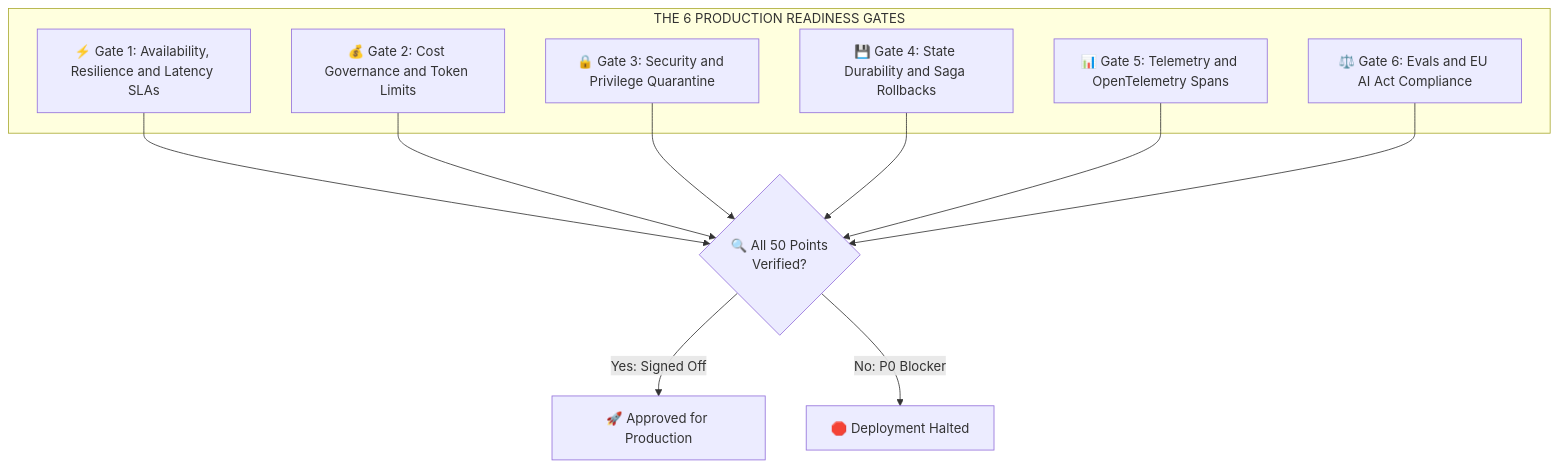
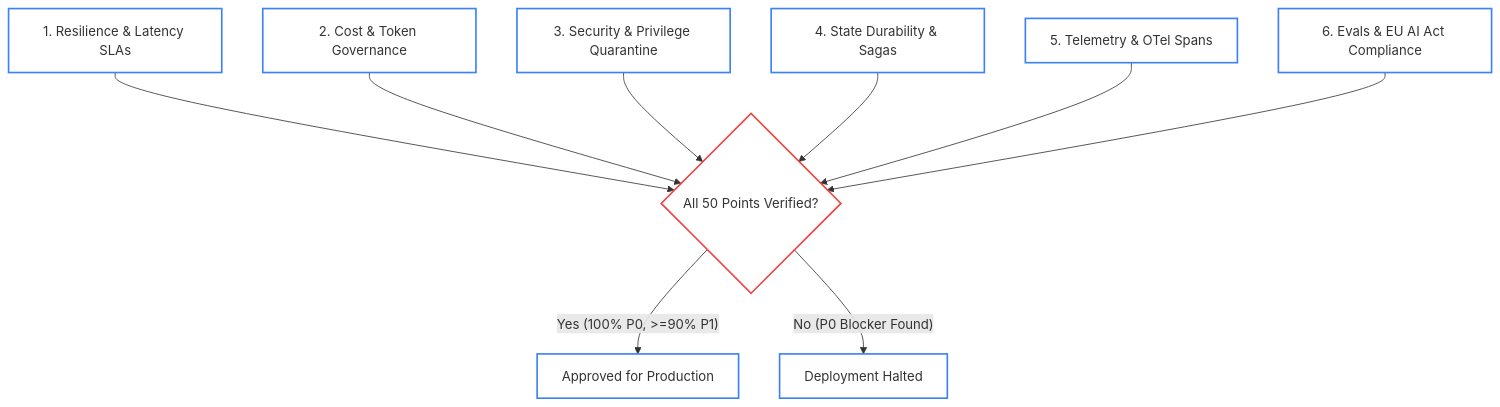
The diagram in architecture/production-readiness-review.md (dip4k/senior-engineer-to-ai-engineer-roadmap), drawn with Mermaid before and after one commit. The commit also changed other lines of this file and 49 other files, not shown here.

First line of the commit message:
feat(curriculum): complete 2026 refactoring across roadmaps, use-cases, labs, and agent-forge

````diff
--- a/architecture/production-readiness-review.md
+++ b/architecture/production-readiness-review.md
@@ -19,21 +19,23 @@
 ```mermaid
 flowchart TD
-    subgraph PRRGate["THE 6 PRODUCTION READINESS GATES"]
-        G1["⚡ Gate 1: Availability, Resilience and Latency SLAs"]
-        G2["💰 Gate 2: Cost Governance and Token Limits"]
-        G3["🔒 Gate 3: Security and Privilege Quarantine"]
-        G4["💾 Gate 4: State Durability and Saga Rollbacks"]
-        G5["📊 Gate 5: Telemetry and OpenTelemetry Spans"]
-        G6["⚖️ Gate 6: Evals and EU AI Act Compliance"]
-    end
-    
-    G1 --> Pass{"🔍 All 50 Points<br>Verified?"}
-    G2 --> Pass
-    G3 --> Pass
-    G4 --> Pass
-    G5 --> Pass
-    G6 --> Pass
-    
-    Pass -->|"Yes: Signed Off"| Prod["🚀 Approved for Production"]
-    Pass -->|"No: P0 Blocker"| Reject["🛑 Deployment Halted"]
+    G1["1. Resilience & Latency SLAs"]
+    G2["2. Cost & Token Governance"]
+    G3["3. Security & Privilege Quarantine"]
+    G4["4. State Durability & Sagas"]
+    G5["5. Telemetry & OTel Spans"]
+    G6["6. Evals & EU AI Act Compliance"]
+    Audit{"All 50 Points Verified?"}
+
+    G1 --> Audit
+    G2 --> Audit
+    G3 --> Audit
+    G4 --> Audit
+    G5 --> Audit
+    G6 --> Audit
+    Audit -- "Yes (100% P0, >=90% P1)" --> Prod["Approved for Production"]
+    Audit -- "No (P0 Blocker Found)" --> Halt["Deployment Halted"]
+
+    classDef default fill:none,stroke:#3b82f6,stroke-width:2px;
+    classDef gate fill:none,stroke:#ef4444,stroke-width:2px;
+    class Audit gate;
 ```
````
